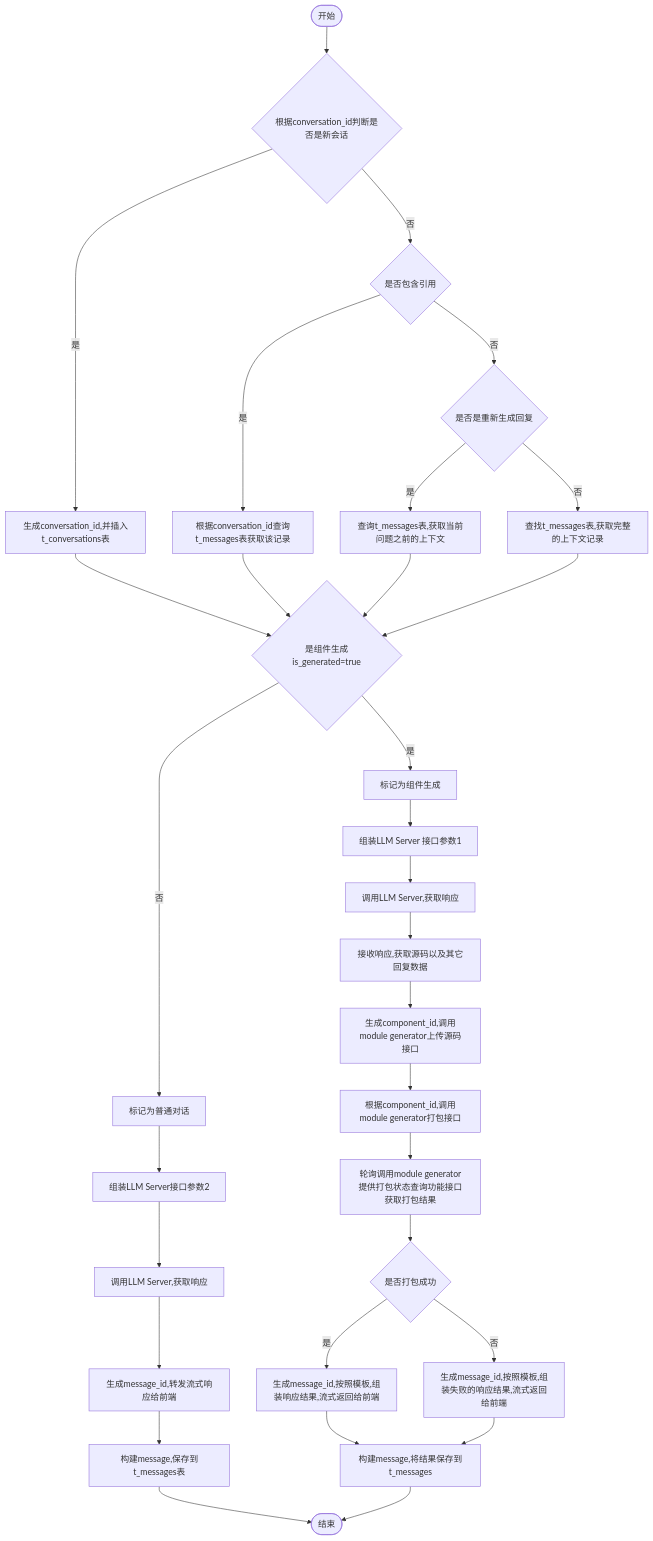
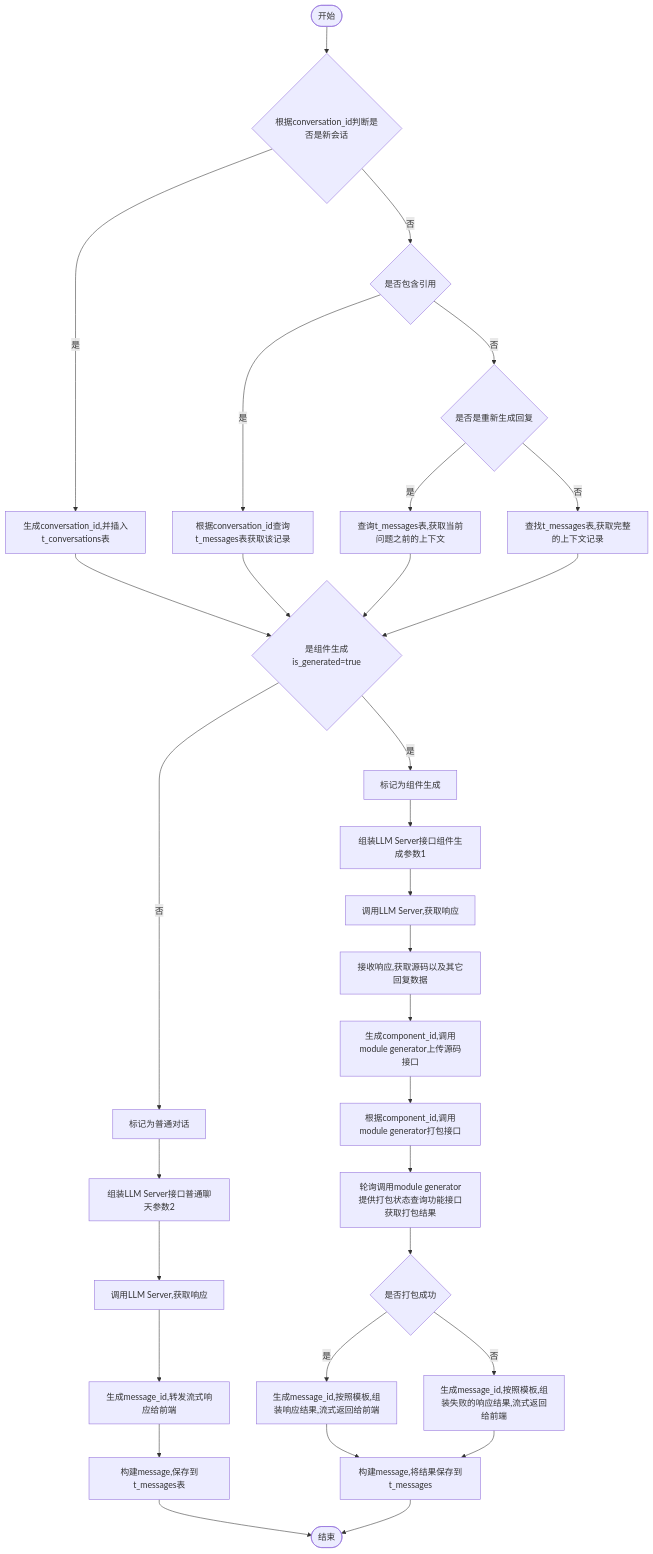
One commit to yingjianzh/iodraw-files changed the diagram in all/v0.1.0会话.md. Above: the diagram before and after it, drawn with Mermaid.

Commit message:
2024-10-12 17:18:13 update

````diff
--- a/all/v0.1.0会话.md
+++ b/all/v0.1.0会话.md
@@ -1,34 +1,34 @@
 ```mermaid
 flowchart TD
     A([开始]) --> B{根据conversation_id判断是否是新会话}
     B -- 是 --> C[生成conversation_id,并插入t_conversations表]
     B -- 否 --> D{是否包含引用}
     D -- 是 --> E[根据conversation_id查询t_messages表获取该记录]
     D -- 否 --> F{是否是重新生成回复}
     F -- 是 --> G[查询t_messages表,获取当前问题之前的上下文]
     F -- 否 --> H[查找t_messages表,获取完整的上下文记录]
      
     C & E & G & H --> I{是组件生成is_generated=true}
     I -- 是 --> J[标记为组件生成]
     I -- 否 --> K[标记为普通对话]
 
-    J --> L[组装LLM Server 接口参数1]    
-    K --> M[组装LLM Server接口参数2]    
+    J --> L[组装LLM Server接口组件生成参数1]    
+    K --> M[组装LLM Server接口普通聊天参数2]    
     M --> N[调用LLM Server,获取响应]    
     N --> O[生成message_id,转发流式响应给前端]
     O --> P[构建message,保存到t_messages表]
     P --> R([结束])
 
 
     L --> S[调用LLM Server,获取响应]
     S --> T[接收响应,获取源码以及其它回复数据]
     T --> U[生成component_id,调用module generator上传源码接口]
     U --> V[根据component_id,调用module generator打包接口]
     V --> W[轮询调用module generator提供打包状态查询功能接口获取打包结果]
     W --> X{是否打包成功}
     X -- 是 --> Y[生成message_id,按照模板,组装响应结果,流式返回给前端]
     X -- 否 --> Z[生成message_id,按照模板,组装失败的响应结果,流式返回给前端]
 
     Y & Z --> Result[构建message,将结果保存到t_messages]
     Result --> R
 ```
````
